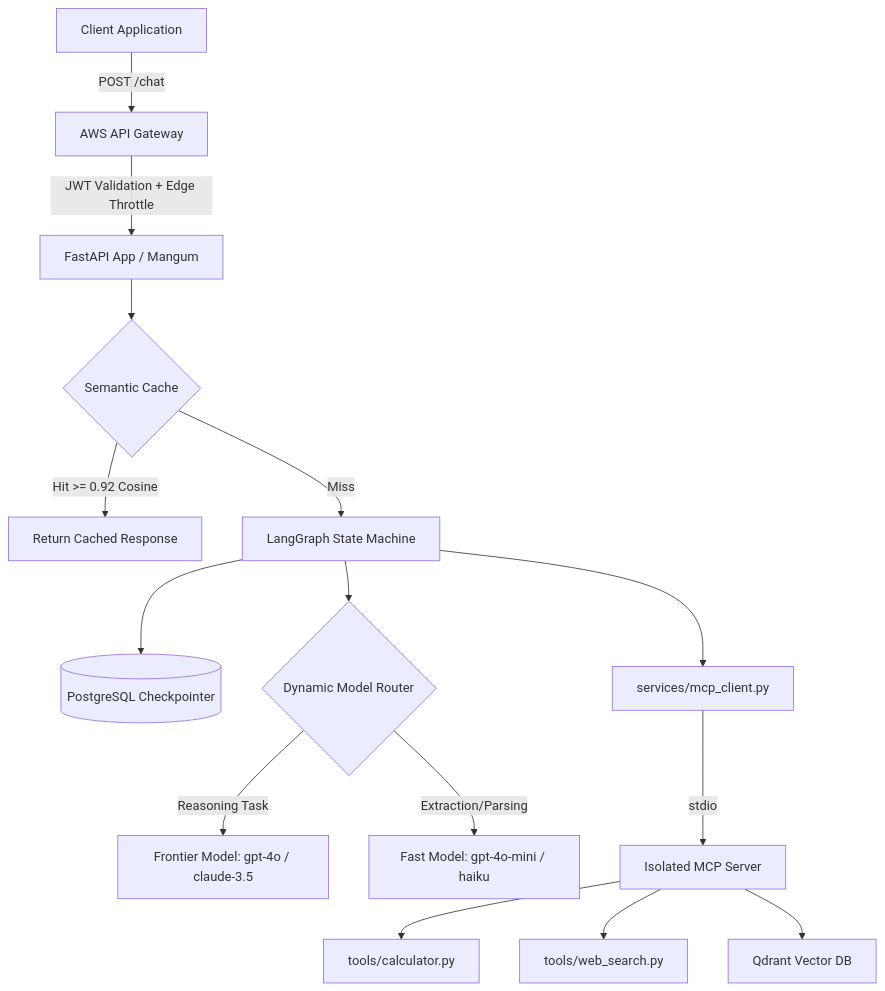
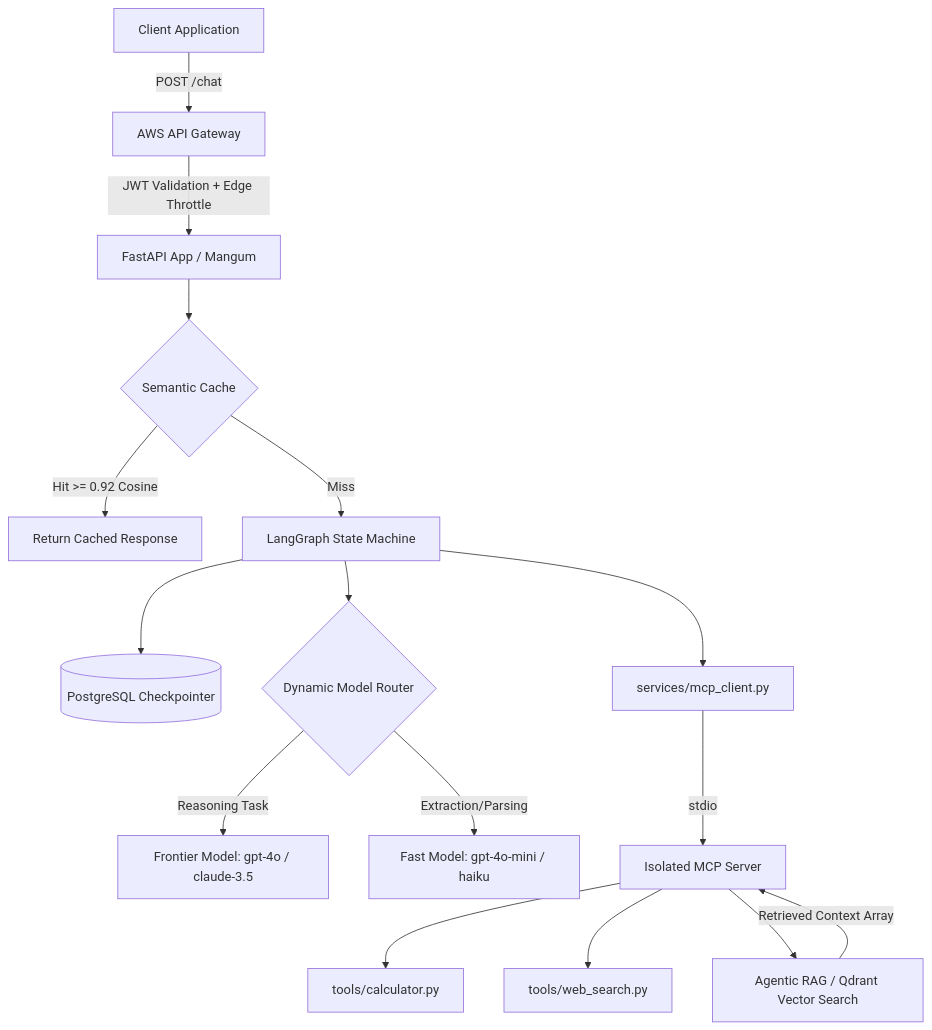
The diagram in README.md (Deepakpariharr/Agentic-AI-Backend), drawn with Mermaid before and after one commit.

Commit message:
Clarify Tool3 in README as Agentic RAG
Updated README to clarify Tool3 as Agentic RAG / Qdrant Vector Search.

````diff
--- a/README.md
+++ b/README.md
@@ -16,21 +16,25 @@
 ```mermaid
 graph TD
     Client[Client Application] -->|POST /chat| APIGW[AWS API Gateway]
     APIGW -->|JWT Validation + Edge Throttle| FastAPI[FastAPI App / Mangum]
     
     FastAPI --> Cache{Semantic Cache}
     Cache -->|Hit >= 0.92 Cosine| Return[Return Cached Response]
     Cache -->|Miss| LangGraph[LangGraph State Machine]
     
     LangGraph --> Checkpoint[(PostgreSQL Checkpointer)]
     LangGraph --> Router{Dynamic Model Router}
     
     Router -->|Reasoning Task| Heavy[Frontier Model: gpt-4o / claude-3.5]
     Router -->|Extraction/Parsing| Light[Fast Model: gpt-4o-mini / haiku]
     
     LangGraph --> MCP[services/mcp_client.py]
     MCP -->|stdio| MCPServer[Isolated MCP Server]
     MCPServer --> Tool1[tools/calculator.py]
     MCPServer --> Tool2[tools/web_search.py]
-    MCPServer --> Tool3[Qdrant Vector DB]
+    
+    %% Explicitly highlighting Agentic RAG 
+    MCPServer --> Tool3[Agentic RAG / Qdrant Vector Search]
+    Tool3 -->|Retrieved Context Array| MCPServer
+  
 ```
````
